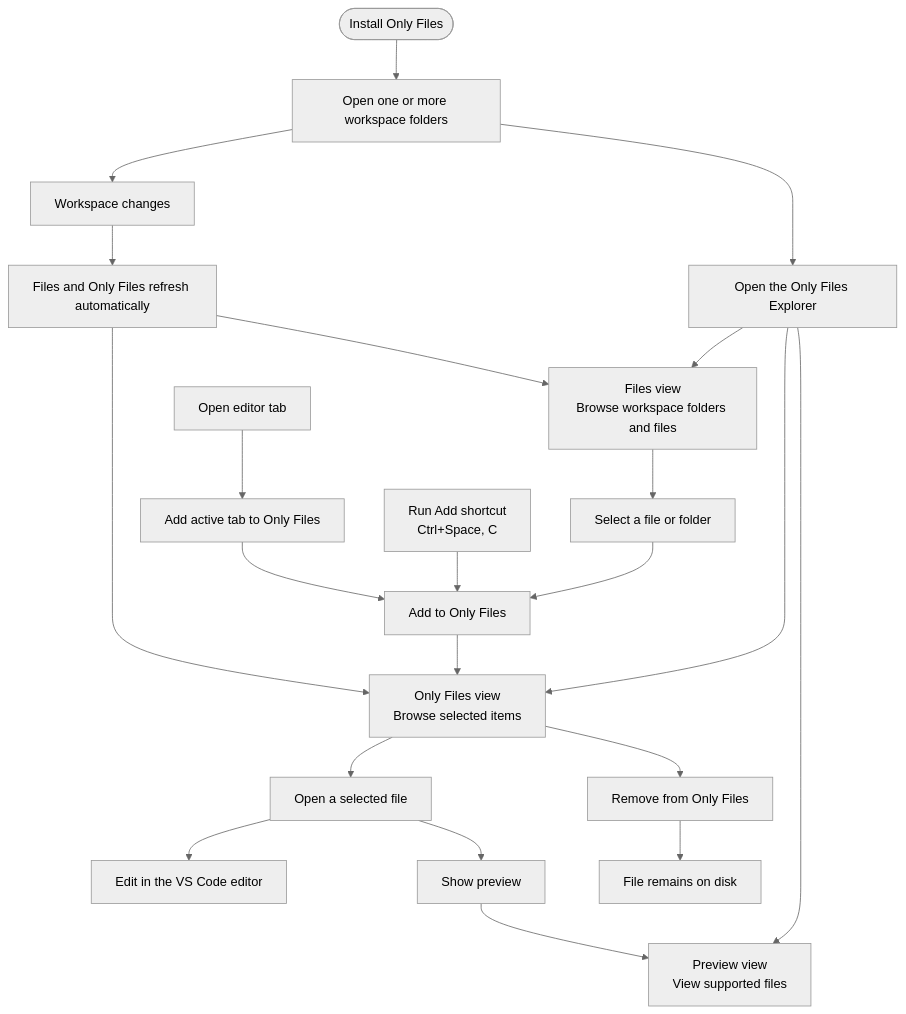
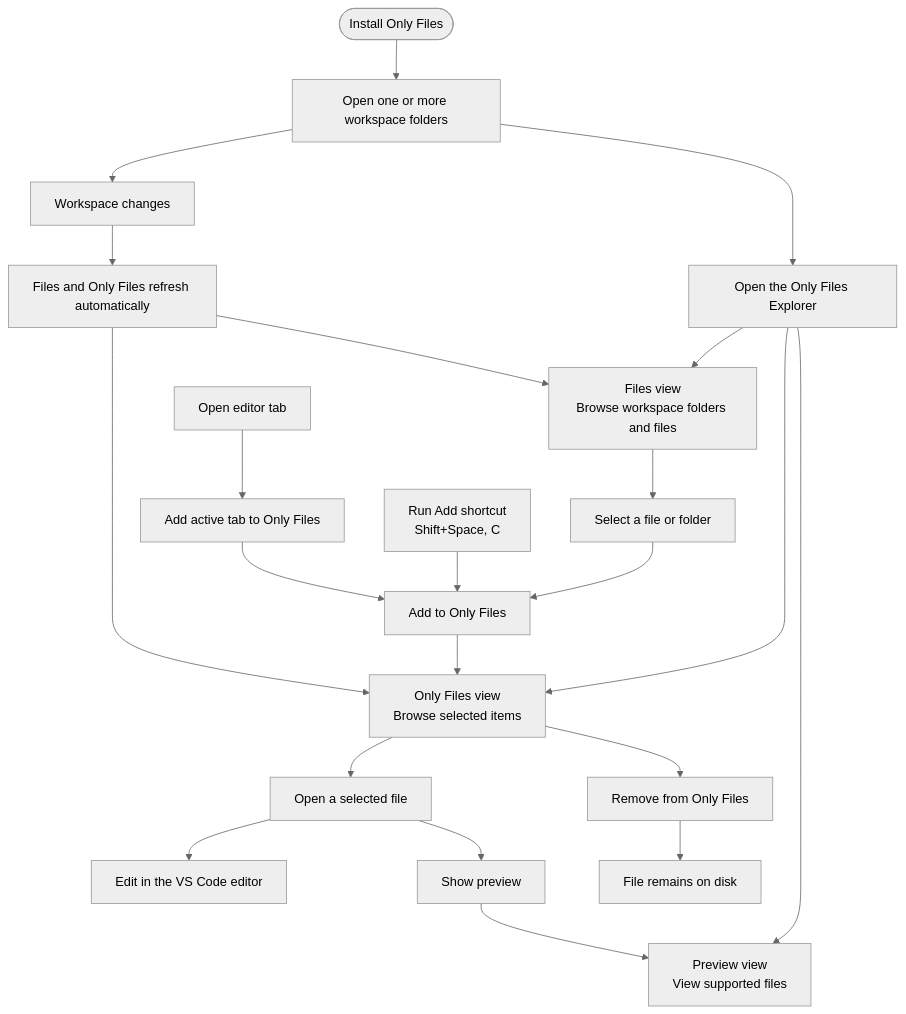
The diagram in README.md (maxoiduss/only-files), drawn with Mermaid (neutral theme) before and after one commit. The commit also changed other lines of this file and 4 other files, not shown here.

````diff
--- a/README.md
+++ b/README.md
@@ -39,28 +41,28 @@
 ```mermaid
 flowchart TD
   Start([Install Only Files]) --> Workspace[Open one or more workspace folders]
   Workspace --> Explorer[Open the Only Files Explorer]
   Explorer --> FilesView[Files view<br/>Browse workspace folders and files]
   Explorer --> OnlyView[Only Files view<br/>Browse selected items]
   Explorer --> PreviewView[Preview view<br/>View supported files]
 
   FilesView --> Select[Select a file or folder]
   Select --> Add[Add to Only Files]
   Tab[Open editor tab] --> AddFromTab[Add active tab to Only Files]
-  Command[Run Add shortcut<br/>Ctrl+Space, C] --> Add
+  Command[Run Add shortcut<br/>Shift+Space, C] --> Add
   AddFromTab --> Add
   Add --> OnlyView
 
   OnlyView --> Open[Open a selected file]
   Open --> Edit[Edit in the VS Code editor]
   Open --> Preview[Show preview]
   Preview --> PreviewView
 
   OnlyView --> Remove[Remove from Only Files]
   Remove --> Keep[File remains on disk]
 
   Workspace --> Changes[Workspace changes]
   Changes --> Sync[Files and Only Files refresh automatically]
   Sync --> FilesView
   Sync --> OnlyView
 ```
````
